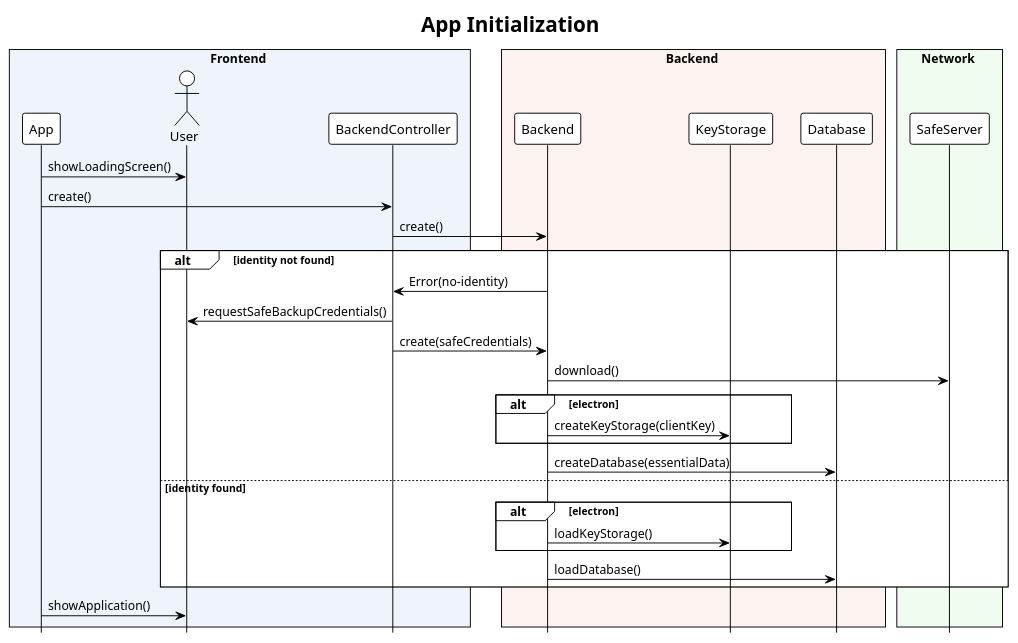
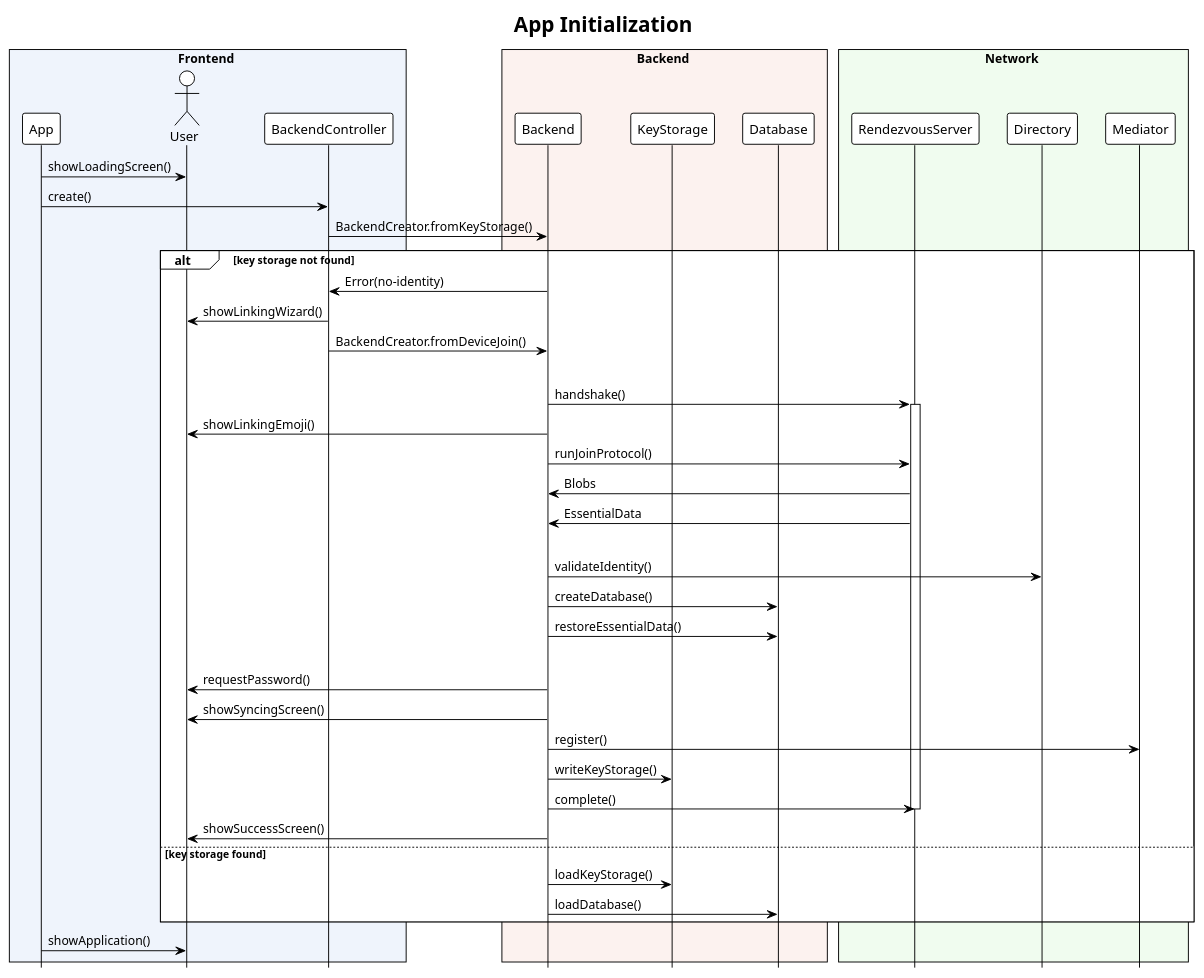
The first of 3 diagrams in docs/src/sequence-diagrams.md (threema-ch/threema-desktop), drawn with PlantUML before and after one commit.

Commit message:
Update app initialization diagram

````diff
--- a/docs/src/sequence-diagrams.md
+++ b/docs/src/sequence-diagrams.md
@@ -7,44 +7,57 @@
 ```plantuml
 @startuml
 !theme plain
 title App Initialization
 hide footbox
 
 box Frontend #eff4fc
   participant App
   actor User
   participant BackendController
 endbox
 box Backend #fcf2ef
   participant Backend
   participant KeyStorage
   participant Database
 endbox
 box Network #f0fcef
-  participant SafeServer
+  participant RendezvousServer
+  participant Directory
+  participant Mediator
 endbox
 
 App->User:showLoadingScreen()
 App->BackendController:create()
-BackendController->Backend:create()
+BackendController->Backend:BackendCreator.fromKeyStorage()
 
-alt identity not found
+alt key storage not found
   Backend->BackendController:Error(no-identity)
-
-  BackendController->User:requestSafeBackupCredentials()
-  BackendController->Backend:create(safeCredentials)
-  Backend->SafeServer:download()
-  alt electron
-    Backend->KeyStorage:createKeyStorage(clientKey)
-  end
-  Backend->Database:createDatabase(essentialData)
-else identity found
-  alt electron
-    Backend->KeyStorage:loadKeyStorage()
-  end
+  BackendController->User:showLinkingWizard()
+  BackendController->Backend:BackendCreator.fromDeviceJoin()
+  |||
+  Backend->RendezvousServer:handshake()
+  activate RendezvousServer
+  Backend->User:showLinkingEmoji()
+  Backend->RendezvousServer:runJoinProtocol()
+  RendezvousServer->Backend:Blobs
+  RendezvousServer->Backend:EssentialData
+  |||
+  Backend->Directory:validateIdentity()
+  Backend->Database:createDatabase()
+  Backend->Database:restoreEssentialData()
+  |||
+  Backend->User:requestPassword()
+  Backend->User:showSyncingScreen()
+  Backend->Mediator:register()
+  Backend->KeyStorage:writeKeyStorage()
+  Backend->RendezvousServer:complete()
+  deactivate RendezvousServer
+  Backend->User:showSuccessScreen()
+else key storage found
+  Backend->KeyStorage:loadKeyStorage()
   Backend->Database:loadDatabase()
 end
 
 App->User:showApplication()
 @enduml
 ```
````
